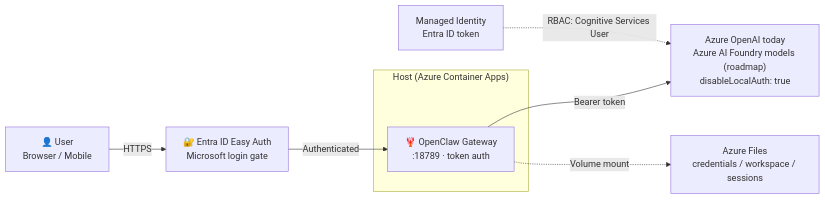
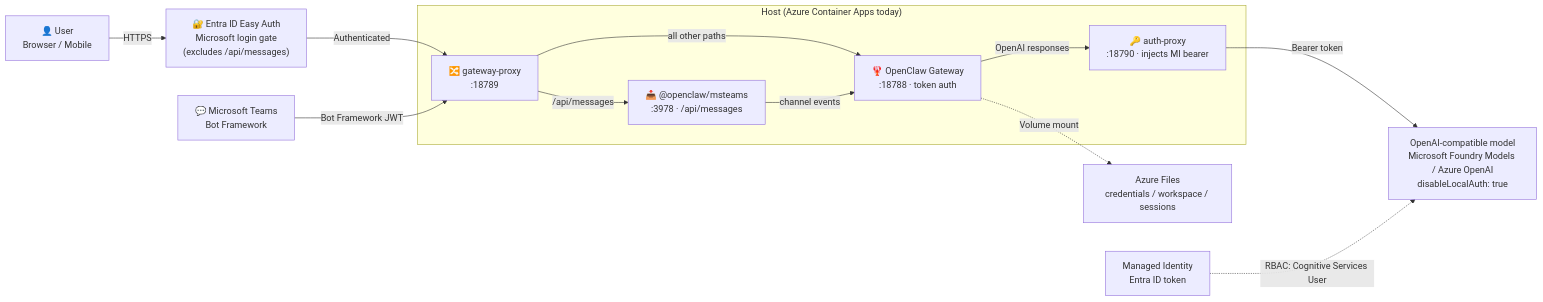
Before and after one commit to microsoft/openclaw-dev: the diagram in README.md, drawn with Mermaid. The commit also changed other lines of this file and 14 other files, not shown here.

First line of the commit message:
feat: dual-proxy MI auth path + azure-openai-responses adapter + msteams plugin

````diff
--- a/README.md
+++ b/README.md
@@ -103,17 +104,26 @@
 ```mermaid
 graph LR
     User["👤 User<br/>Browser / Mobile"]
-    EasyAuth["🔐 Entra ID Easy Auth<br/>Microsoft login gate"]
-    subgraph Host["Host (Azure Container Apps)"]
-        GW["🦞 OpenClaw Gateway<br/>:18789 · token auth"]
+    Teams["💬 Microsoft Teams<br/>Bot Framework"]
+    EasyAuth["🔐 Entra ID Easy Auth<br/>Microsoft login gate<br/>(excludes /api/messages)"]
+    subgraph Host["Host (Azure Container Apps today)"]
+        Proxy["🔀 gateway-proxy<br/>:18789"]
+        GW["🦞 OpenClaw Gateway<br/>:18788 · token auth"]
+        MST["📥 @openclaw/msteams<br/>:3978 · /api/messages"]
+        Auth["🔑 auth-proxy<br/>:18790 · injects MI bearer"]
     end
-    AOAI["Azure OpenAI today<br/>Azure AI Foundry models (roadmap)<br/>disableLocalAuth: true"]
+    AOAI["OpenAI-compatible model<br/>Microsoft Foundry Models / Azure OpenAI<br/>disableLocalAuth: true"]
     MI["Managed Identity<br/>Entra ID token"]
     AF["Azure Files<br/>credentials / workspace / sessions"]
 
     User -->|"HTTPS"| EasyAuth
-    EasyAuth -->|"Authenticated"| GW
-    GW -->|"Bearer token"| AOAI
+    EasyAuth -->|"Authenticated"| Proxy
+    Teams -->|"Bot Framework JWT"| Proxy
+    Proxy -->|"/api/messages"| MST
+    Proxy -->|"all other paths"| GW
+    MST -->|"channel events"| GW
+    GW -->|"OpenAI responses"| Auth
+    Auth -->|"Bearer token"| AOAI
     GW -.->|"Volume mount"| AF
     MI -.->|"RBAC: Cognitive Services User"| AOAI
 ```
````
